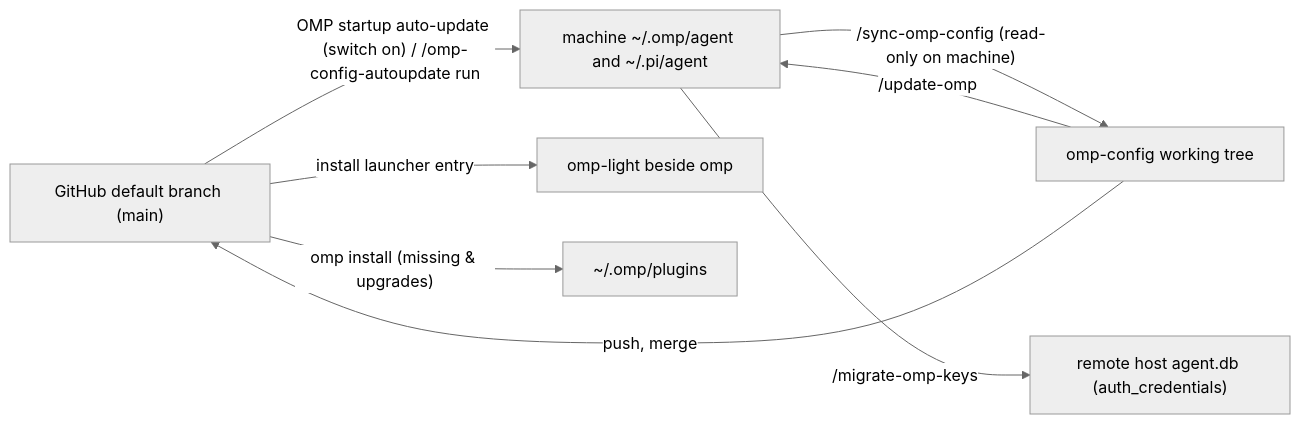
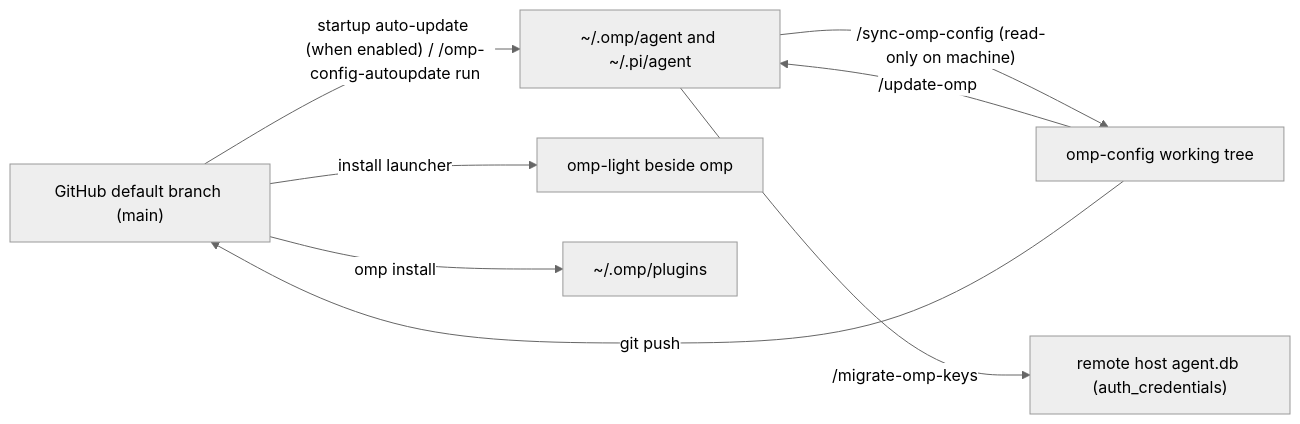
The diagram in docs/operations.md (oh-my-omp/omp-config), drawn with Mermaid (neutral theme) before and after one commit. The commit also changed other lines of this file and 13 other files, not shown here.

````diff
--- a/docs/operations.md
+++ b/docs/operations.md
@@ -5,10 +5,10 @@
 ```mermaid
 flowchart LR
-  gh["GitHub default branch (main)"] -->|"OMP startup auto-update (switch on) / /omp-config-autoupdate run"| local["machine ~/.omp/agent and ~/.pi/agent"]
+  gh["GitHub default branch (main)"] -->|"startup auto-update (when enabled) / /omp-config-autoupdate run"| local["~/.omp/agent and ~/.pi/agent"]
   repo["omp-config working tree"] -->|"/update-omp"| local
   local -->|"/sync-omp-config (read-only on machine)"| repo
-  repo -->|"push, merge"| gh
-  gh -->|"install launcher entry"| light["omp-light beside omp"]
-  gh -->|"omp install (missing & upgrades)"| plugins["~/.omp/plugins"]
+  repo -->|"git push"| gh
+  gh -->|"install launcher"| light["omp-light beside omp"]
+  gh -->|"omp install"| plugins["~/.omp/plugins"]
   local -->|"/migrate-omp-keys"| remote["remote host agent.db (auth_credentials)"]
 ```
````
